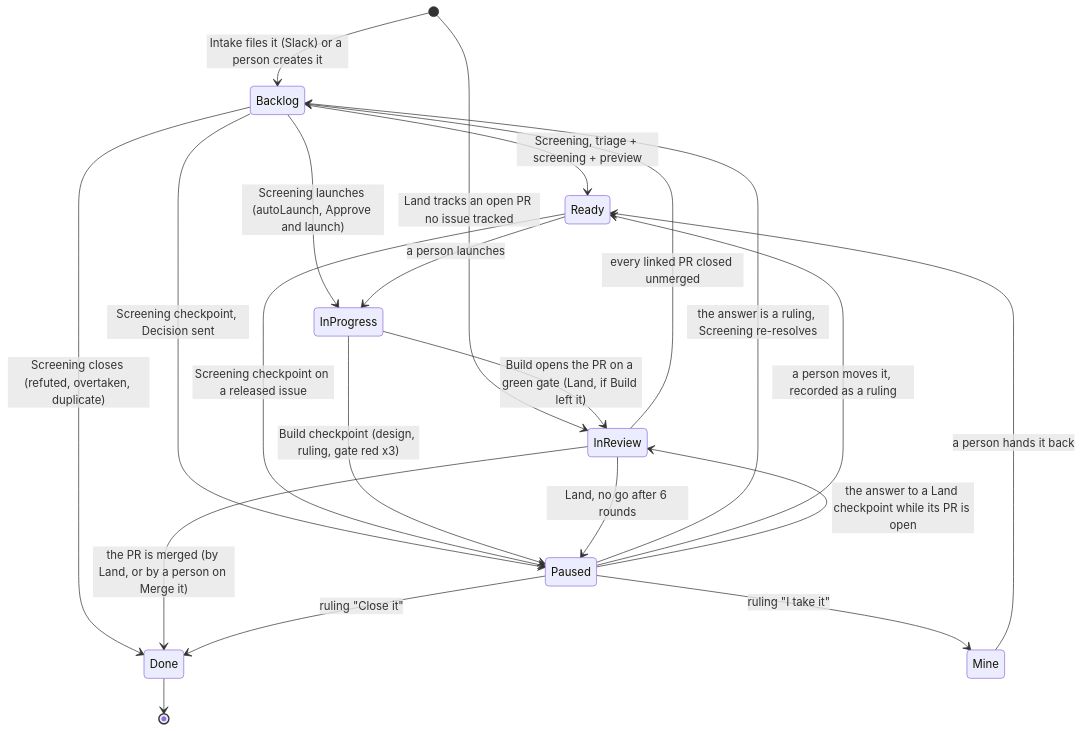
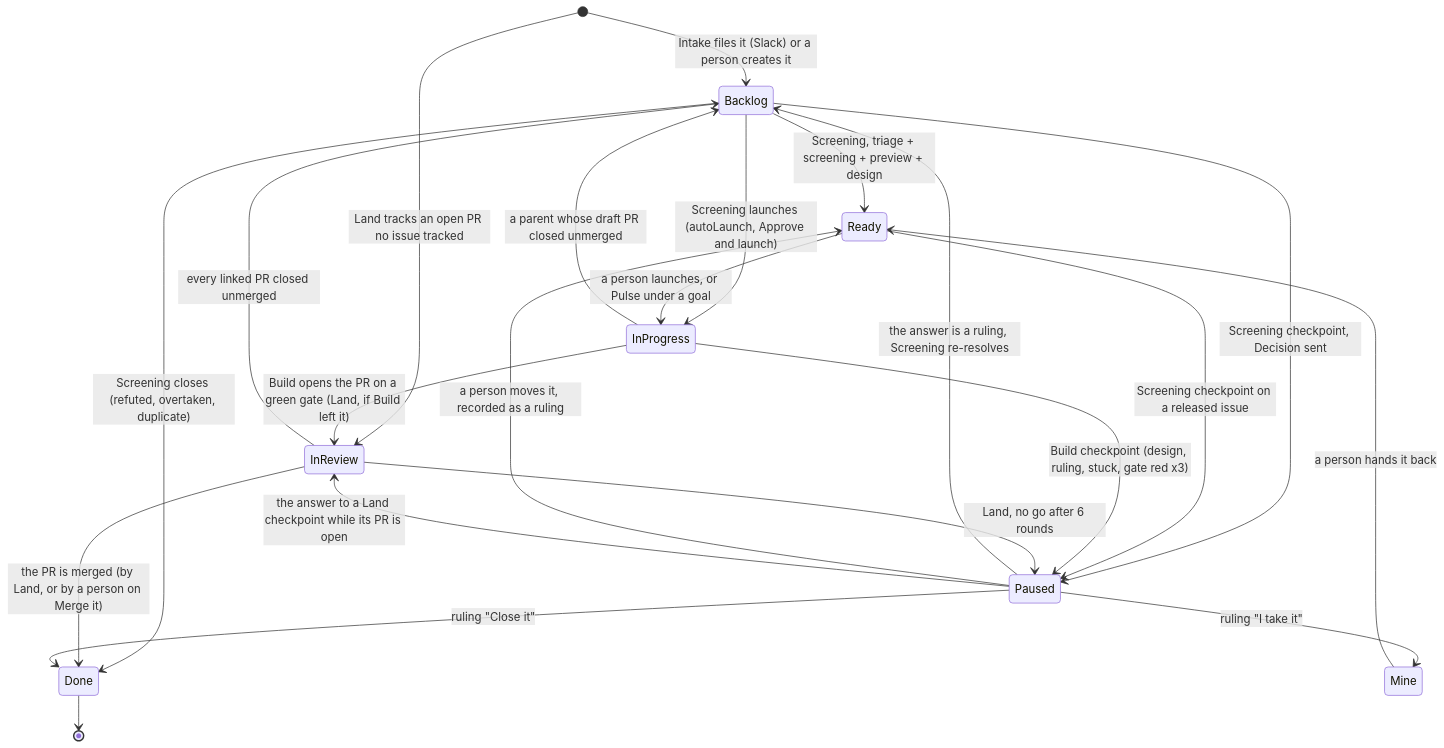
Before and after one commit to standardshq/skills: the diagram in skills/working-on-issues/workflow.md, drawn with Mermaid. The commit also changed other lines of this file and 15 other files, not shown here.

First line of the commit message:
feat: the factory takes big issues, and Pulse follows a person's goals (#35)

````diff
--- a/skills/working-on-issues/workflow.md
+++ b/skills/working-on-issues/workflow.md
@@ -6,23 +6,24 @@
 ```mermaid
 stateDiagram-v2
   [*] --> Backlog: Intake files it (Slack) or a person creates it
   [*] --> InReview: Land tracks an open PR no issue tracked
-  Backlog --> Ready: Screening, triage + screening + preview
+  Backlog --> Ready: Screening, triage + screening + preview + design
   Backlog --> InProgress: Screening launches (autoLaunch, Approve and launch)
   Backlog --> Paused: Screening checkpoint, Decision sent
   Backlog --> Done: Screening closes (refuted, overtaken, duplicate)
-  Ready --> InProgress: a person launches
+  Ready --> InProgress: a person launches, or Pulse under a goal
   Ready --> Paused: Screening checkpoint on a released issue
   InProgress --> InReview: Build opens the PR on a green gate (Land, if Build left it)
-  InProgress --> Paused: Build checkpoint (design, ruling, gate red x3)
+  InProgress --> Paused: Build checkpoint (design, ruling, stuck, gate red x3)
+  InProgress --> Backlog: a parent whose draft PR closed unmerged
   InReview --> Done: the PR is merged (by Land, or by a person on Merge it)
   InReview --> Paused: Land, no go after 6 rounds
   InReview --> Backlog: every linked PR closed unmerged
   Paused --> Backlog: the answer is a ruling, Screening re-resolves
   Paused --> Ready: a person moves it, recorded as a ruling
   Paused --> Mine: ruling "I take it"
   Paused --> InReview: the answer to a Land checkpoint while its PR is open
   Paused --> Done: ruling "Close it"
   Mine --> Ready: a person hands it back
   Done --> [*]
 ```
````
